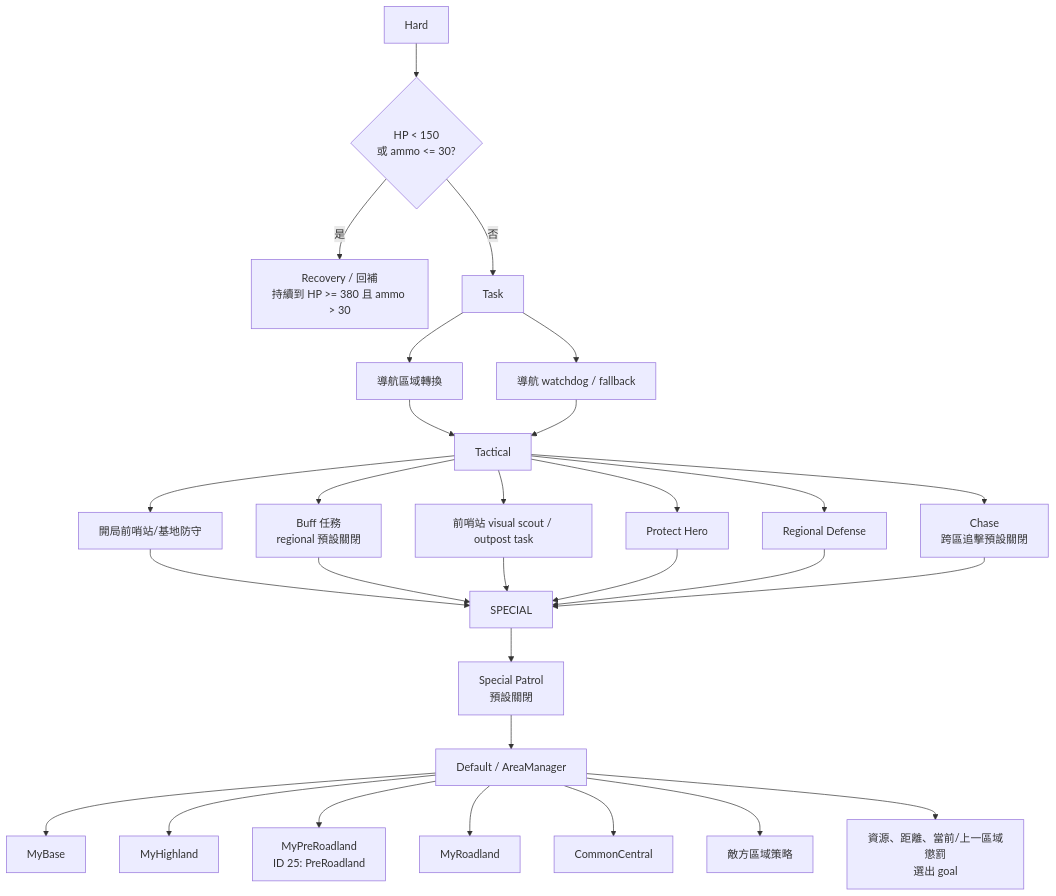
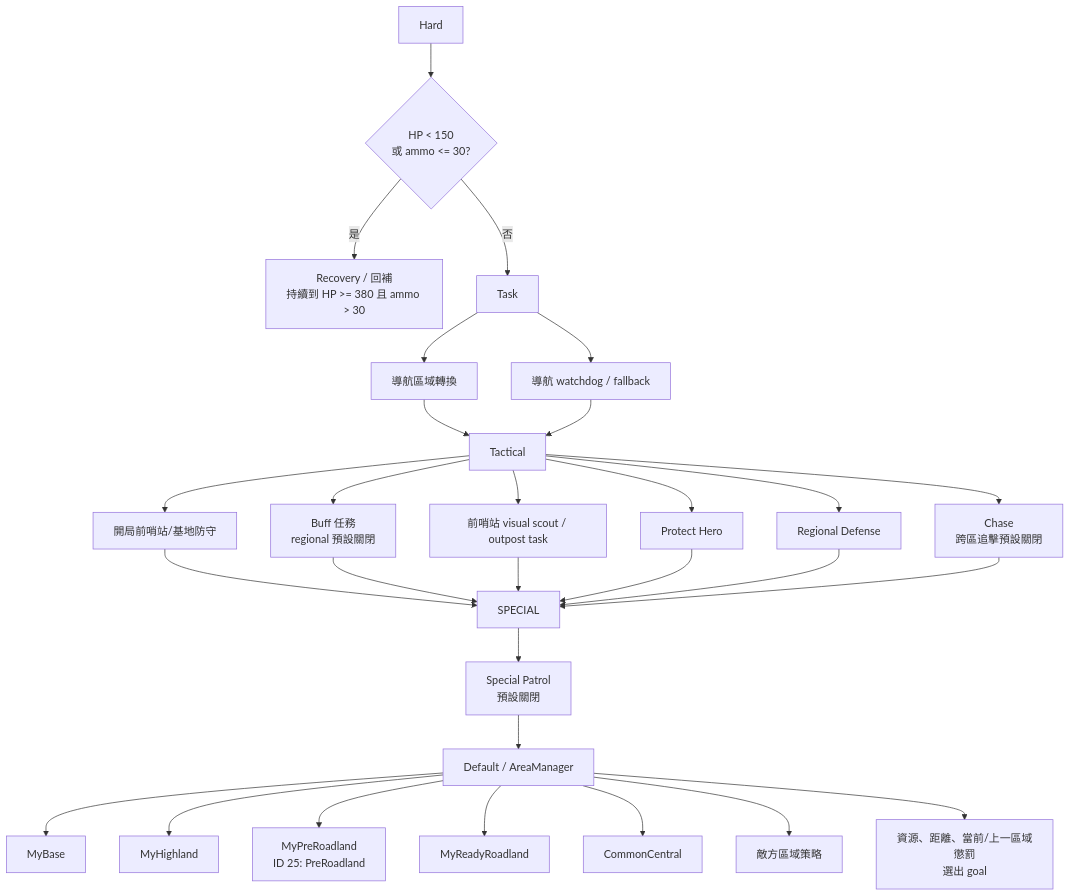
One commit to UnWanHin/ros2_ly_ws_sentary changed the second of 6 diagrams in docs/sentry/regional/2026-07-12_regional_decision_graph.md. Above: the diagram before and after it, drawn with Mermaid. The commit also changed other lines of this file and 37 other files, not shown here.

First line of the commit message:
behavior_tree: rename roadland task to ready roadland

````diff
--- a/docs/sentry/regional/2026-07-12_regional_decision_graph.md
+++ b/docs/sentry/regional/2026-07-12_regional_decision_graph.md
@@ -32,36 +32,36 @@
 ```mermaid
 flowchart TD
   HARD[Hard] --> RECOVERY{HP < 150\n或 ammo <= 30?}
   RECOVERY -->|是| HOME[Recovery / 回補\n持續到 HP >= 380 且 ammo > 30]
   RECOVERY -->|否| TASK[Task]
 
   TASK --> AREA_TRANSITION[導航區域轉換]
   TASK --> NAV_WATCHDOG[導航 watchdog / fallback]
   AREA_TRANSITION --> TACTICAL
   NAV_WATCHDOG --> TACTICAL
 
   TACTICAL[Tactical] --> OPENING[開局前哨站/基地防守]
   TACTICAL --> BUFF[Buff 任務\nregional 預設關閉]
   TACTICAL --> OUTPOST[前哨站 visual scout / outpost task]
   TACTICAL --> HERO[Protect Hero]
   TACTICAL --> REG_DEF[Regional Defense]
   TACTICAL --> CHASE[Chase\n跨區追擊預設關閉]
 
   OPENING --> SPECIAL
   BUFF --> SPECIAL
   OUTPOST --> SPECIAL
   HERO --> SPECIAL
   REG_DEF --> SPECIAL
   CHASE --> SPECIAL
 
   SPECIAL --> PATROL[Special Patrol\n預設關閉]
   PATROL --> DEFAULT
 
   DEFAULT[Default / AreaManager] --> MY_BASE[MyBase]
   DEFAULT --> MY_HIGH[MyHighland]
   DEFAULT --> MY_PRE[MyPreRoadland\nID 25: PreRoadland]
-  DEFAULT --> MY_ROAD[MyRoadland]
+  DEFAULT --> MY_ROAD[MyReadyRoadland]
   DEFAULT --> CENTRAL[CommonCentral]
   DEFAULT --> ENEMY_AREA[敵方區域策略]
   DEFAULT --> SCORE[資源、距離、當前/上一區域懲罰\n選出 goal]
 ```
````
